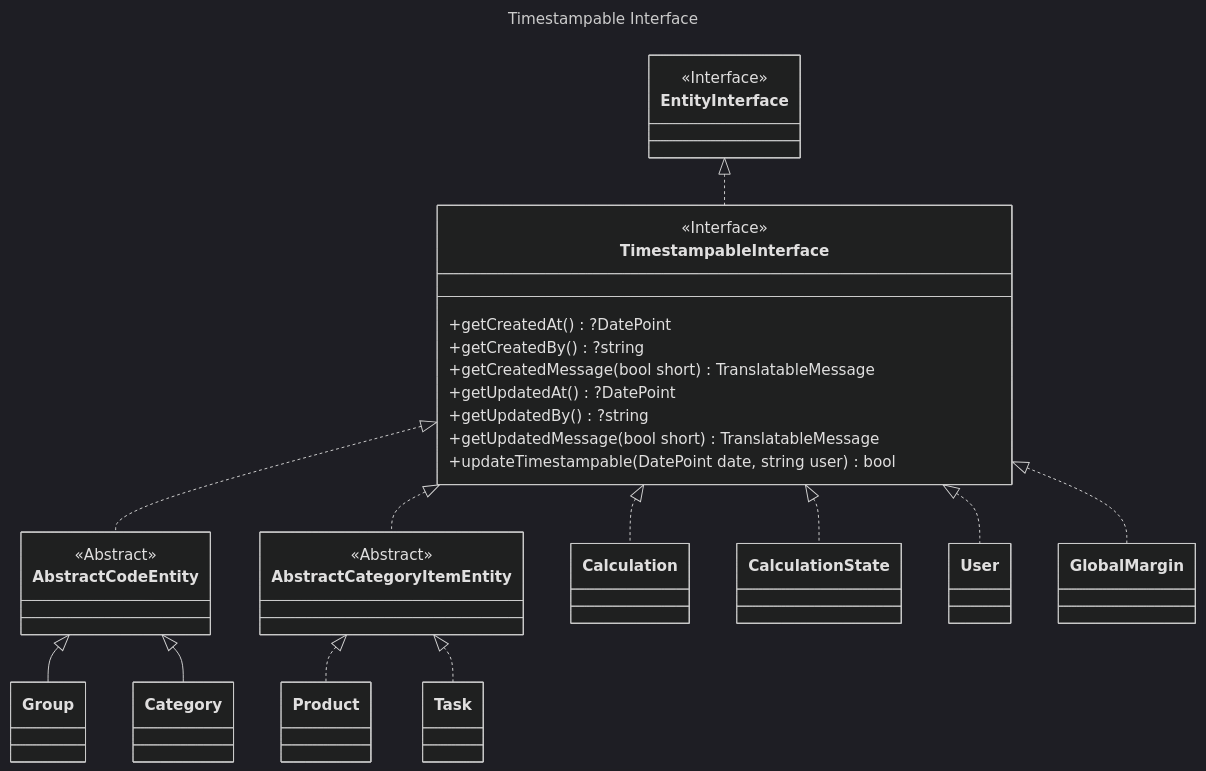
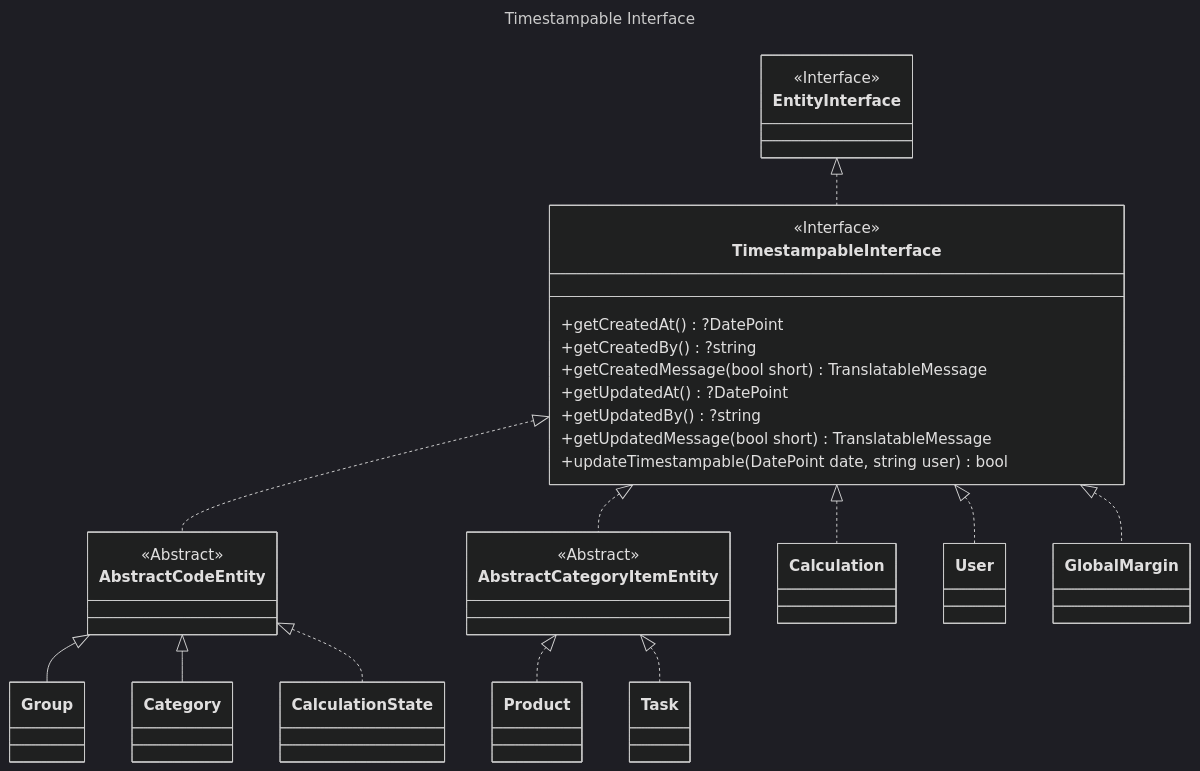
One commit to laurentmuller/calculation changed the diagram in resources/diagrams/timestampable_interface.mmd. Above: the diagram before and after it, drawn with Mermaid (dark theme). The commit also changed 20 other files, not shown here.

Commit message:
Updated diagram script.

```diff
--- a/resources/diagrams/timestampable_interface.mmd
+++ b/resources/diagrams/timestampable_interface.mmd
@@ -1,51 +1,51 @@
 ---
 title: Timestampable Interface
 ---
 
 classDiagram
     class EntityInterface {
         <<Interface>>
     }
 
     class AbstractCodeEntity {
         <<Abstract>>
     }
 
     class AbstractCategoryItemEntity {
         <<Abstract>>
     }
 
     class TimestampableInterface {
         <<Interface>>
         +getCreatedAt() ?DatePoint
         +getCreatedBy() ?string
         +getCreatedMessage(bool short) TranslatableMessage
         +getUpdatedAt() ?DatePoint
         +getUpdatedBy() ?string
         +getUpdatedMessage(bool short) TranslatableMessage
         +updateTimestampable(DatePoint date, string user) bool
     }
 
     EntityInterface <|.. TimestampableInterface
     TimestampableInterface <|.. Calculation
-    TimestampableInterface <|.. CalculationState
     TimestampableInterface <|.. AbstractCodeEntity
     AbstractCodeEntity <|-- Group
     AbstractCodeEntity <|-- Category
+    AbstractCodeEntity <|.. CalculationState
     TimestampableInterface <|.. AbstractCategoryItemEntity
     AbstractCategoryItemEntity <|.. Product
     AbstractCategoryItemEntity <|.. Task
     TimestampableInterface <|.. User
     TimestampableInterface <|.. GlobalMargin
 
     click EntityInterface call nodeCallback()
     click Calculation call nodeCallback()
     click CalculationState call nodeCallback()
     click AbstractCodeEntity call nodeCallback()
     click Group call nodeCallback()
     click Category call nodeCallback()
     click AbstractCategoryItemEntity call nodeCallback()
     click Product call nodeCallback()
     click Task call nodeCallback()
     click User call nodeCallback()
     click GlobalMargin call nodeCallback()
```
